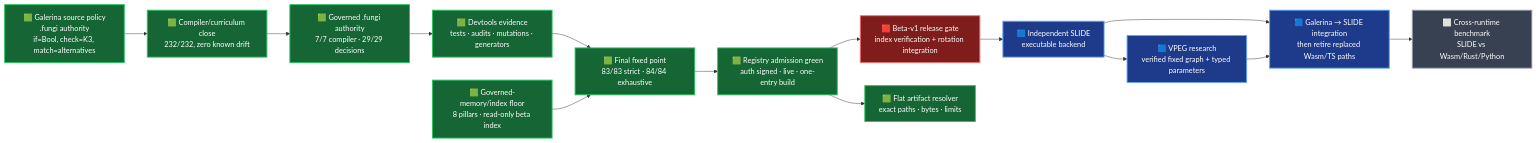
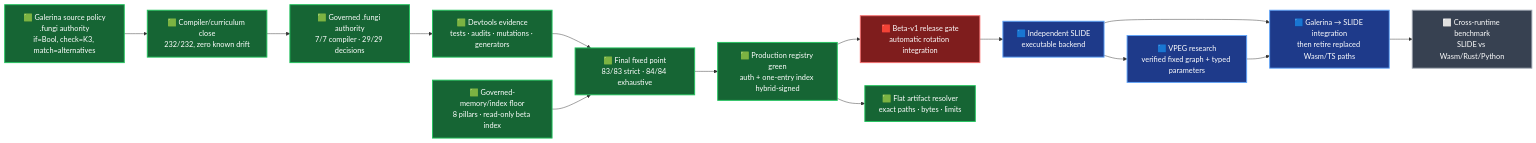
One commit to TritHypha/Deveolpment-runtime-fungi-gate changed the diagram in docs/roadmap-2026-07-29-galerina-beta-v1-to-slide.md. Above: the diagram before and after it, drawn with Mermaid. The commit also changed other lines of this file and 13 other files, not shown here.

Commit message:
security(registry): admit signed production index

````diff
--- a/docs/roadmap-2026-07-29-galerina-beta-v1-to-slide.md
+++ b/docs/roadmap-2026-07-29-galerina-beta-v1-to-slide.md
@@ -22,33 +22,33 @@
 ```mermaid
 flowchart LR
     A["🟩 Galerina source policy<br/>.fungi authority<br/>if=Bool, check=K3, match=alternatives"]
     B["🟩 Compiler/curriculum close<br/>232/232, zero known drift"]
     C["🟩 Governed .fungi authority<br/>7/7 compiler · 29/29 decisions"]
     D["🟩 Devtools evidence<br/>tests · audits · mutations · generators"]
     E["🟩 Final fixed point<br/>83/83 strict · 84/84 exhaustive"]
-    F["🟥 Beta-v1 release gate<br/>index verification + rotation integration"]
-    G["🟩 Registry admission green<br/>auth signed · live · one-entry build"]
+    F["🟥 Beta-v1 release gate<br/>automatic rotation integration"]
+    G["🟩 Production registry green<br/>auth + one-entry index hybrid-signed"]
     H["🟦 Independent SLIDE<br/>executable backend"]
     I["🟦 Galerina → SLIDE integration<br/>then retire replaced Wasm/TS paths"]
     J["⬜ Cross-runtime benchmark<br/>SLIDE vs Wasm/Rust/Python"]
     P["🟩 Flat artifact resolver<br/>exact paths · bytes · limits"]
     M["🟦 VPEG research<br/>verified fixed graph + typed parameters"]
     Z["🟩 Governed-memory/index floor<br/>8 pillars · read-only beta index"]
 
     A --> B --> C --> D --> E --> G --> F --> H --> I --> J
     Z --> E
     G --> P
     H --> M
     M --> I
 
     classDef green fill:#166534,color:#ffffff,stroke:#22c55e,stroke-width:2px;
     classDef amber fill:#854d0e,color:#ffffff,stroke:#facc15,stroke-width:2px;
     classDef red fill:#7f1d1d,color:#ffffff,stroke:#f87171,stroke-width:2px;
     classDef blue fill:#1e3a8a,color:#ffffff,stroke:#60a5fa,stroke-width:2px;
     classDef grey fill:#374151,color:#ffffff,stroke:#9ca3af,stroke-width:2px;
     class A,B,C,D,E,G,Z green;
     class F red;
     class H,I,M blue;
     class P green;
     class J grey;
 ```
````
